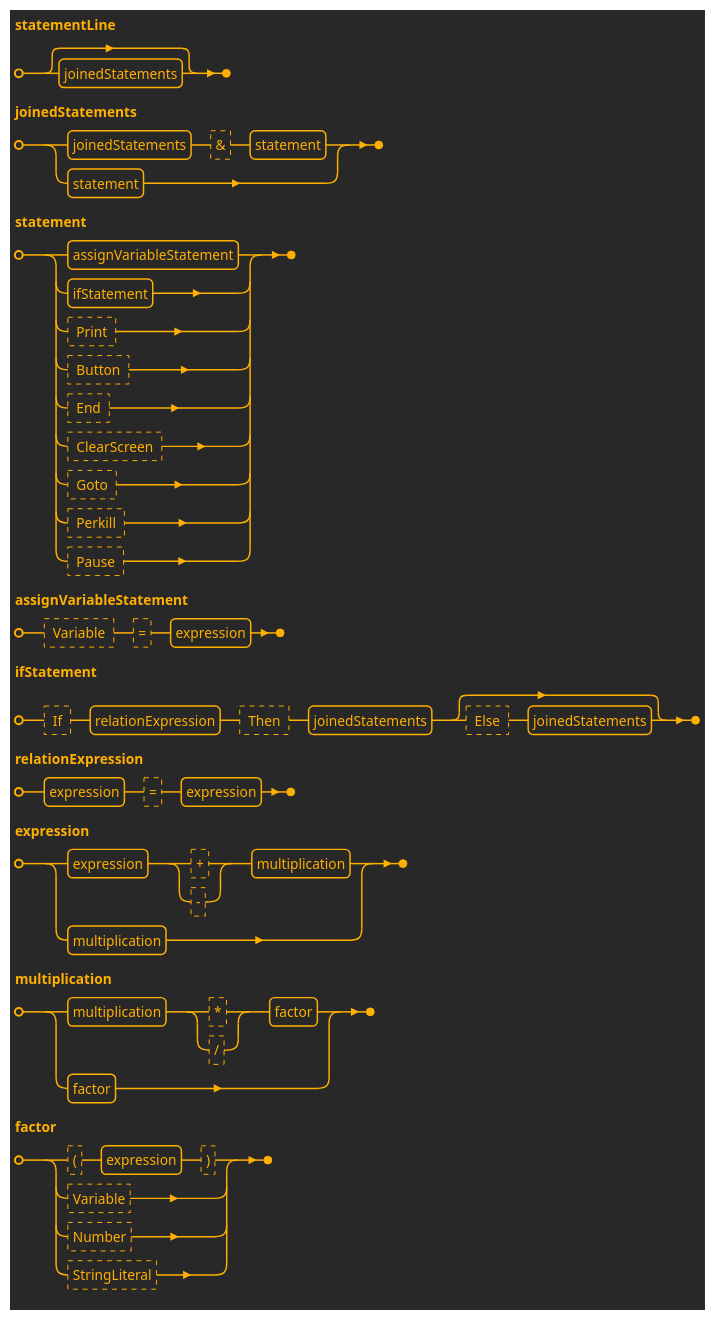
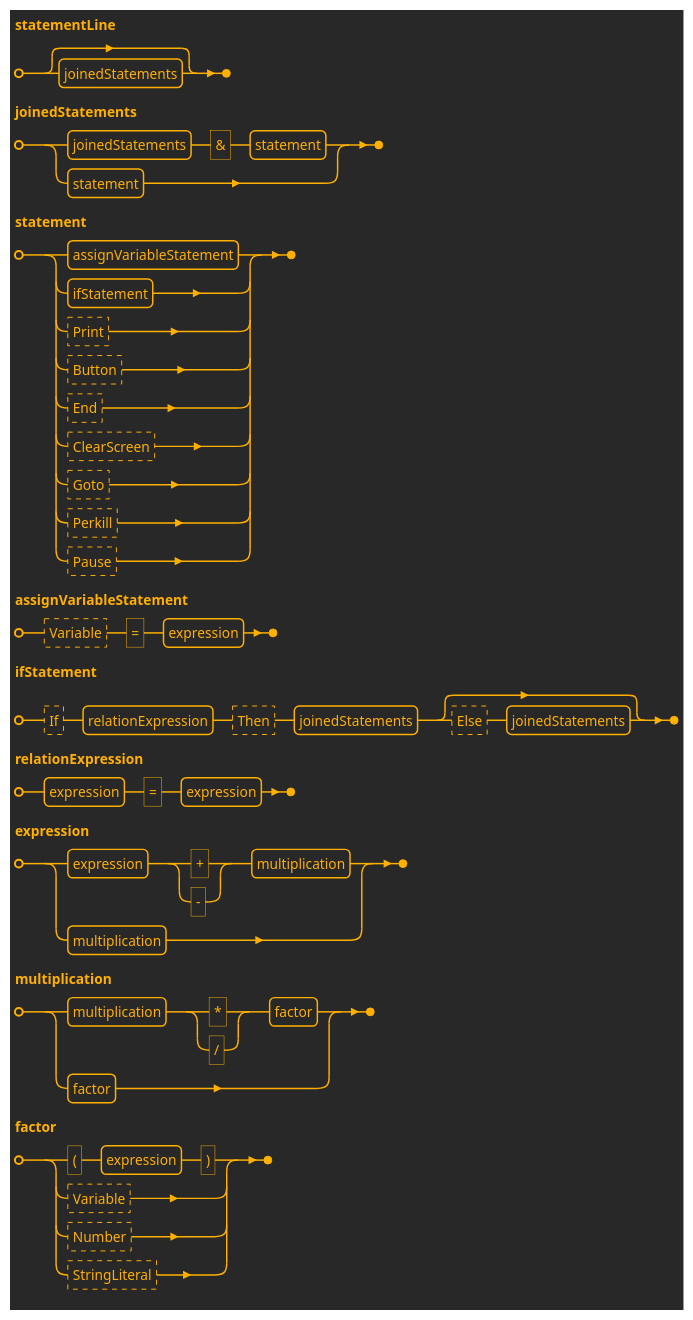
The first of 10 diagrams in Domain/MURQ.Domain/URQL/docs/URQL Lines Syntax.md (realsonic/MURQ), drawn with PlantUML before and after one commit. The commit also changed other lines of this file and 6 other files, not shown here.

````diff
--- a/Domain/MURQ.Domain/URQL/docs/URQL Lines Syntax.md
+++ b/Domain/MURQ.Domain/URQL/docs/URQL Lines Syntax.md
@@ -2,39 +2,39 @@
 ```plantuml
 @startebnf URQL Line
 !theme crt-amber
 ' skinparam monochrome reverse
 
 statementLine = [ joinedStatements ];
 
 joinedStatements = 
-      joinedStatements, ?&?, statement
+      joinedStatements, '&', statement
     | statement;
 
 statement =
     assignVariableStatement
   | ifStatement
-  | ? Print ?
-  | ? Button ?
-  | ? End ?
-  | ? ClearScreen ?
-  | ? Goto ?
-  | ? Perkill ?
-  | ? Pause ?;
+  | ?Print?
+  | ?Button?
+  | ?End?
+  | ?ClearScreen?
+  | ?Goto?
+  | ?Perkill?
+  | ?Pause?;
 
-assignVariableStatement = ? Variable ?,  ?=?, expression;
+assignVariableStatement = ?Variable?,  '=', expression;
 
-ifStatement = ? If ?, relationExpression, ? Then ?, joinedStatements, [ ? Else ?, joinedStatements ];
+ifStatement = ?If?, relationExpression, ?Then?, joinedStatements, [ ?Else?, joinedStatements ];
 
-relationExpression = expression, ?=?, expression;
+relationExpression = expression, '=', expression;
 
 expression =
-    expression, (?+? | ?-?), multiplication
+    expression, ('+' | '-'), multiplication
   | multiplication;
 
 multiplication =
-    multiplication, (?*? | ?/?), factor
+    multiplication, ('*' | "/"), factor
   | factor;
 
-factor = ?(?, expression, ?)? | ?Variable? | ?Number? | ?StringLiteral?;
+factor = '(', expression, ')' | ?Variable? | ?Number? | ?StringLiteral?;
 @endebnf
 ```
````
